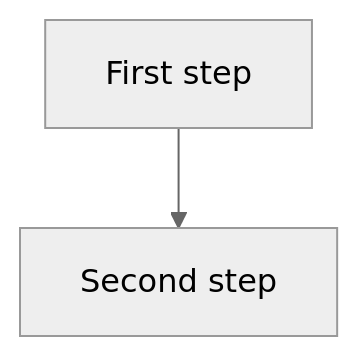
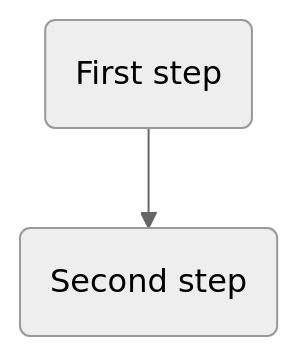
The diagram in skills/naiad/template.mmd (Cleo8731/naiad), drawn with Mermaid (neutral theme) before and after one commit. The commit also changed 3 other files, not shown here.

```diff
--- a/skills/naiad/template.mmd
+++ b/skills/naiad/template.mmd
@@ -1,9 +1,9 @@
 flowchart TD
 %% @flowchart
 %% Replace this with what the whole flowchart shows and how to read it. It is Markdown.
-    first[First step] --> second[Second step]
+    first(First step) --> second(Second step)
 
 %% @first
 %% Replace this with the full description of the first step. It is Markdown.
 %% .
 %% An empty line inside a description is written like the line above.
```
